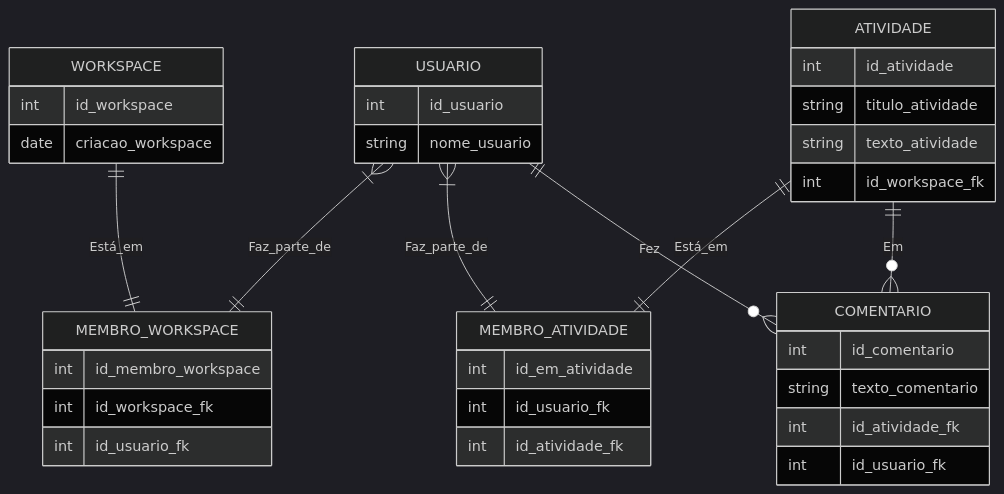
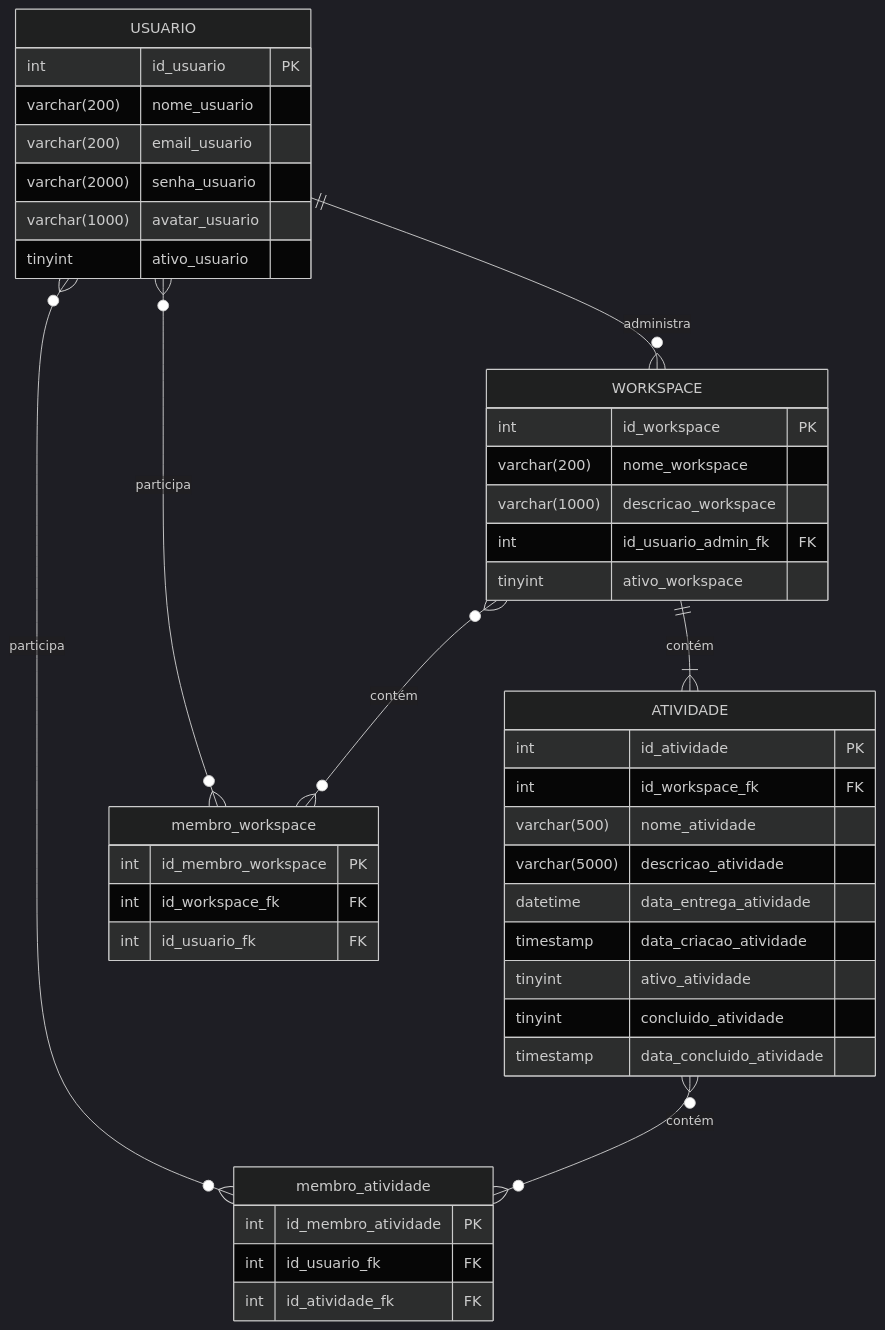
One commit to AlexiaCazale/trabalhoP2 changed the second of 2 diagrams in README.md. Above: the diagram before and after it, drawn with Mermaid (dark theme). The commit also changed other lines of this file, not shown here.

````diff
--- a/README.md
+++ b/README.md
@@ -70,47 +118,50 @@
 ```mermaid
 erDiagram
-    WORKSPACE 1--1 MEMBRO_WORKSPACE : Está_em
-    USUARIO 1+--1 MEMBRO_WORKSPACE : Faz_parte_de
-
-    ATIVIDADE 1--1 MEMBRO_ATIVIDADE : Está_em
-    USUARIO 1+--1 MEMBRO_ATIVIDADE : Faz_parte_de
-
-    ATIVIDADE 1--0+ COMENTARIO : Em
-    USUARIO 1--0+ COMENTARIO : Fez
+    USUARIO {
+        int id_usuario PK
+        varchar(200) nome_usuario
+        varchar(200) email_usuario
+        varchar(2000) senha_usuario
+        varchar(1000) avatar_usuario
+        tinyint ativo_usuario
+    }
 
     WORKSPACE {
-        int id_workspace
-        date criacao_workspace
-    }
-
-    MEMBRO_WORKSPACE {
-        int id_membro_workspace
-        int id_workspace_fk
-        int id_usuario_fk
+        int id_workspace PK
+        varchar(200) nome_workspace
+        varchar(1000) descricao_workspace
+        int id_usuario_admin_fk FK
+        tinyint ativo_workspace
     }
 
     ATIVIDADE {
-        int id_atividade
-        string titulo_atividade
-        string texto_atividade
-        int id_workspace_fk
+        int id_atividade PK
+        int id_workspace_fk FK
+        varchar(500) nome_atividade
+        varchar(5000) descricao_atividade
+        datetime data_entrega_atividade
+        timestamp data_criacao_atividade
+        tinyint ativo_atividade
+        tinyint concluido_atividade
+        timestamp data_concluido_atividade
     }
 
-    MEMBRO_ATIVIDADE {
-        int id_em_atividade
-        int id_usuario_fk
-        int id_atividade_fk
-    } 
+    membro_workspace {
+        int id_membro_workspace PK
+        int id_workspace_fk FK
+        int id_usuario_fk FK
+    }
 
-    USUARIO {
-        int id_usuario
-        string nome_usuario
-    } 
+    membro_atividade {
+        int id_membro_atividade PK
+        int id_usuario_fk FK
+        int id_atividade_fk FK
+    }
 
-    COMENTARIO {
-        int id_comentario
-        string texto_comentario
-        int id_atividade_fk
-        int id_usuario_fk
-    }
+    USUARIO ||--o{ WORKSPACE : "administra"
+    WORKSPACE ||--|{ ATIVIDADE : "contém"
+    USUARIO }o--o{ membro_workspace : "participa"
+    WORKSPACE }o--o{ membro_workspace : "contém"
+    USUARIO }o--o{ membro_atividade : "participa"
+    ATIVIDADE }o--o{ membro_atividade : "contém"
 ```
````
